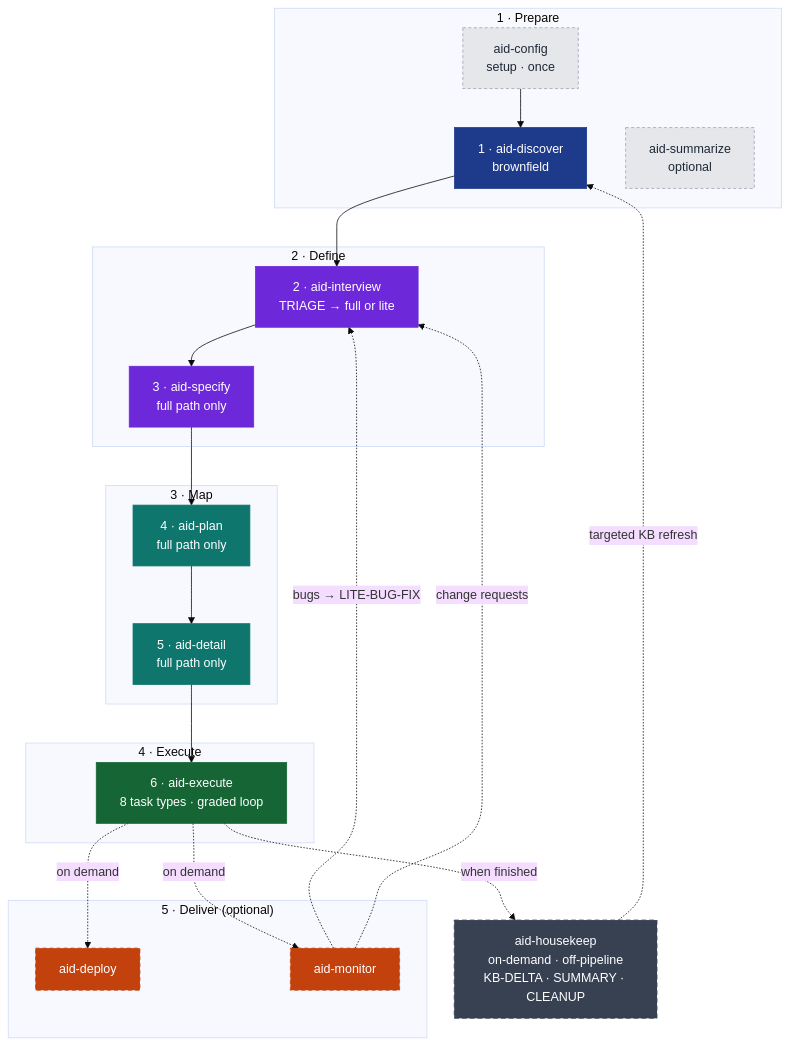
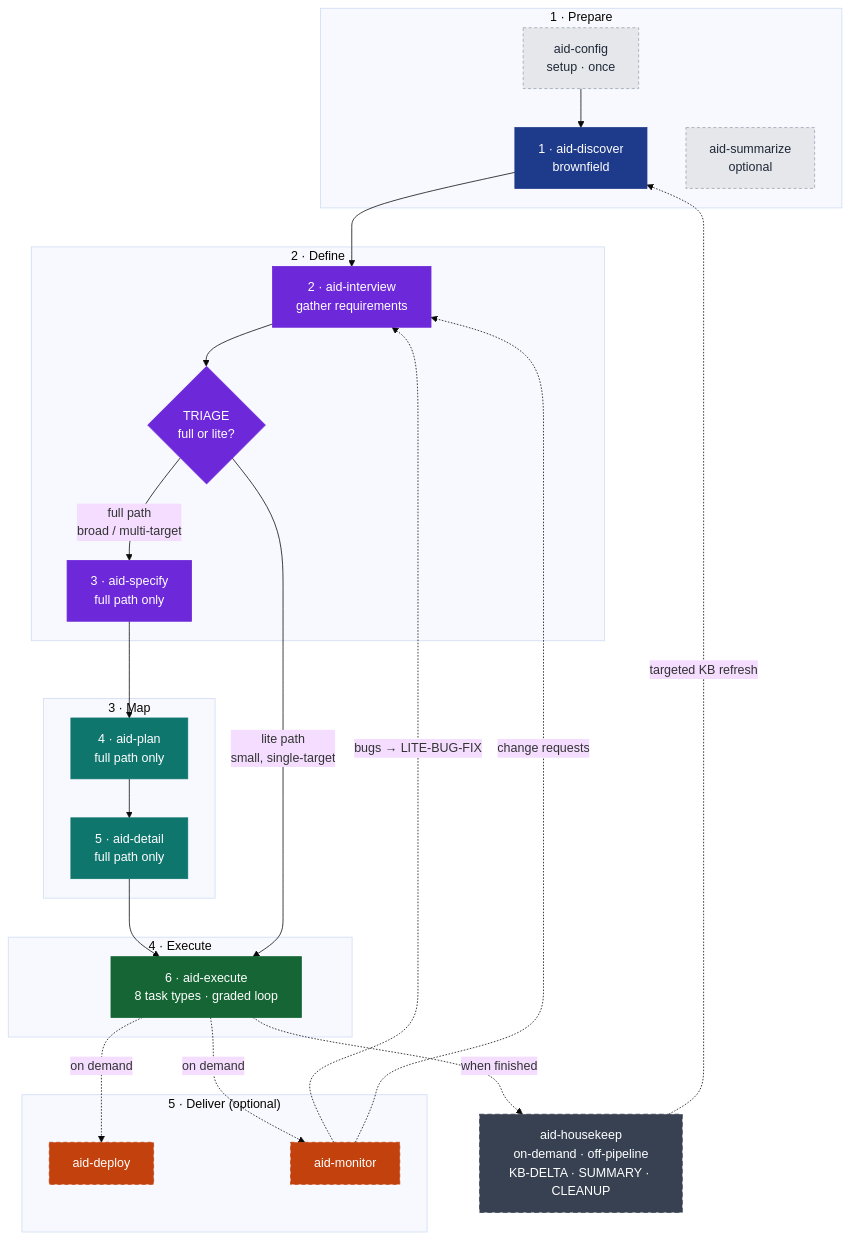
The first of 7 diagrams in docs/aid-methodology.md (AndreVianna/aid-methodology), drawn with Mermaid (base theme) before and after one commit. The commit also changed other lines of this file and 9 other files, not shown here.

````diff
--- a/docs/aid-methodology.md
+++ b/docs/aid-methodology.md
@@ -26,41 +26,44 @@
 ```mermaid
 flowchart TB
     classDef prep    fill:#1E3A8A,stroke:#1E3A8A,color:#ffffff
     classDef def     fill:#6D28D9,stroke:#6D28D9,color:#ffffff
     classDef map     fill:#0F766E,stroke:#0F766E,color:#ffffff
     classDef exe     fill:#166534,stroke:#166534,color:#ffffff
     classDef delopt  fill:#C2410C,stroke:#C2410C,color:#ffffff,stroke-dasharray:5 4
     classDef aux     fill:#E5E7EB,stroke:#9CA3AF,color:#1F2937,stroke-dasharray:4 3
     classDef offpipe fill:#374151,stroke:#374151,color:#ffffff,stroke-dasharray:6 4
 
     subgraph G1[" 1 · Prepare "]
         Init["aid-config<br/>setup · once"]:::aux
         Disc["1 · aid-discover<br/>brownfield"]:::prep
         Sum["aid-summarize<br/>optional"]:::aux
     end
     subgraph G2[" 2 · Define "]
-        Intv["2 · aid-interview<br/>TRIAGE → full or lite"]:::def
+        Intv["2 · aid-interview<br/>gather requirements"]:::def
+        Triage{"TRIAGE<br/>full or lite?"}:::def
         Spec["3 · aid-specify<br/>full path only"]:::def
     end
     subgraph G3[" 3 · Map "]
         Plan["4 · aid-plan<br/>full path only"]:::map
         Det["5 · aid-detail<br/>full path only"]:::map
     end
     subgraph G4[" 4 · Execute "]
         Exe["6 · aid-execute<br/>8 task types · graded loop"]:::exe
     end
     subgraph G5[" 5 · Deliver (optional) "]
         Dep["aid-deploy"]:::delopt
         Mon["aid-monitor"]:::delopt
     end
 
     HK["aid-housekeep<br/>on-demand · off-pipeline<br/>KB-DELTA · SUMMARY · CLEANUP"]:::offpipe
 
-    Init --> Disc --> Intv --> Spec --> Plan --> Det --> Exe
+    Init --> Disc --> Intv --> Triage
+    Triage -- "full path<br/>broad / multi-target" --> Spec --> Plan --> Det --> Exe
+    Triage -- "lite path<br/>small, single-target" --> Exe
     Exe -. "on demand" .-> Dep
     Exe -. "on demand" .-> Mon
     Exe -. "when finished" .-> HK
     Mon -. "bugs → LITE-BUG-FIX" .-> Intv
     Mon -. "change requests" .-> Intv
     HK  -. "targeted KB refresh" .-> Disc
 ```
````
